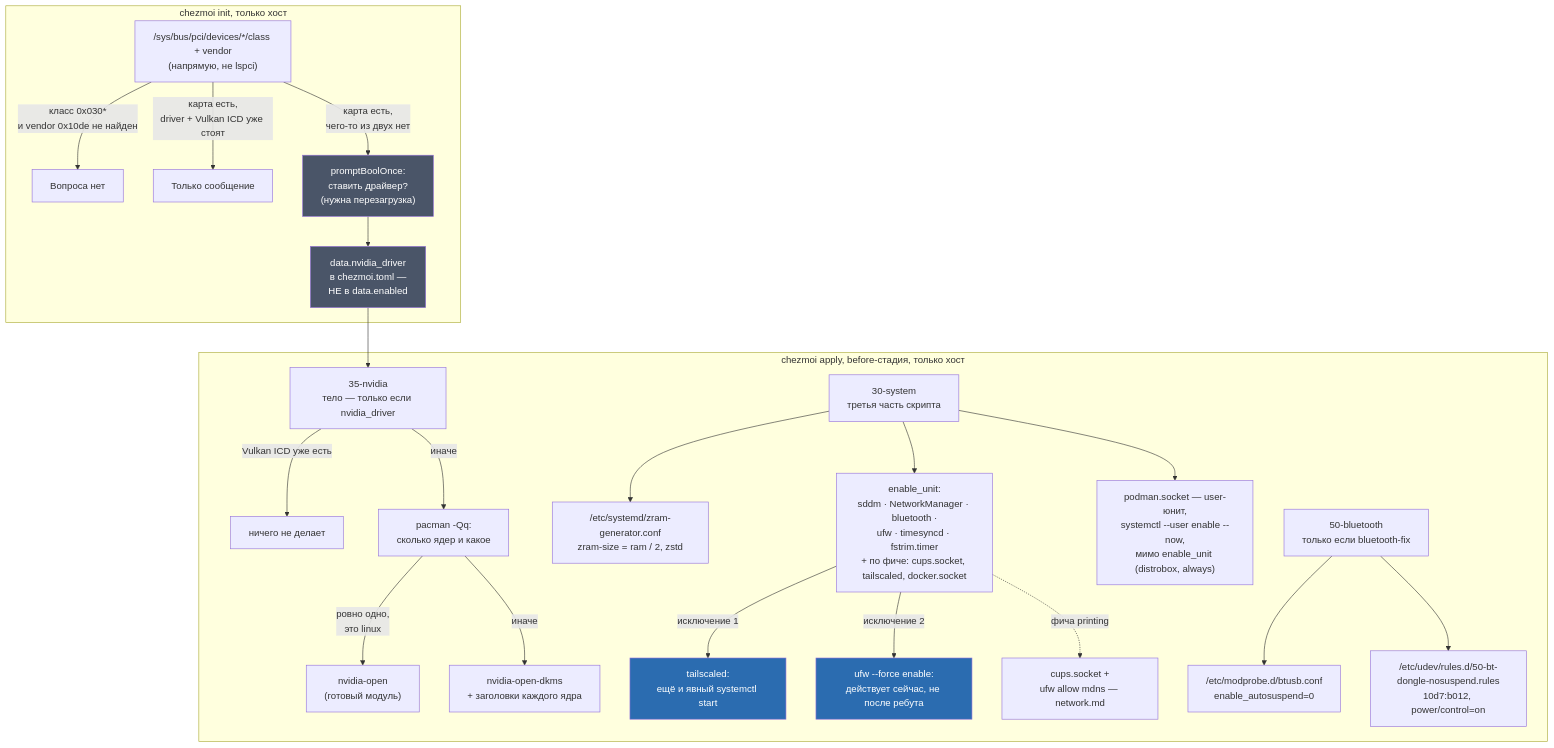
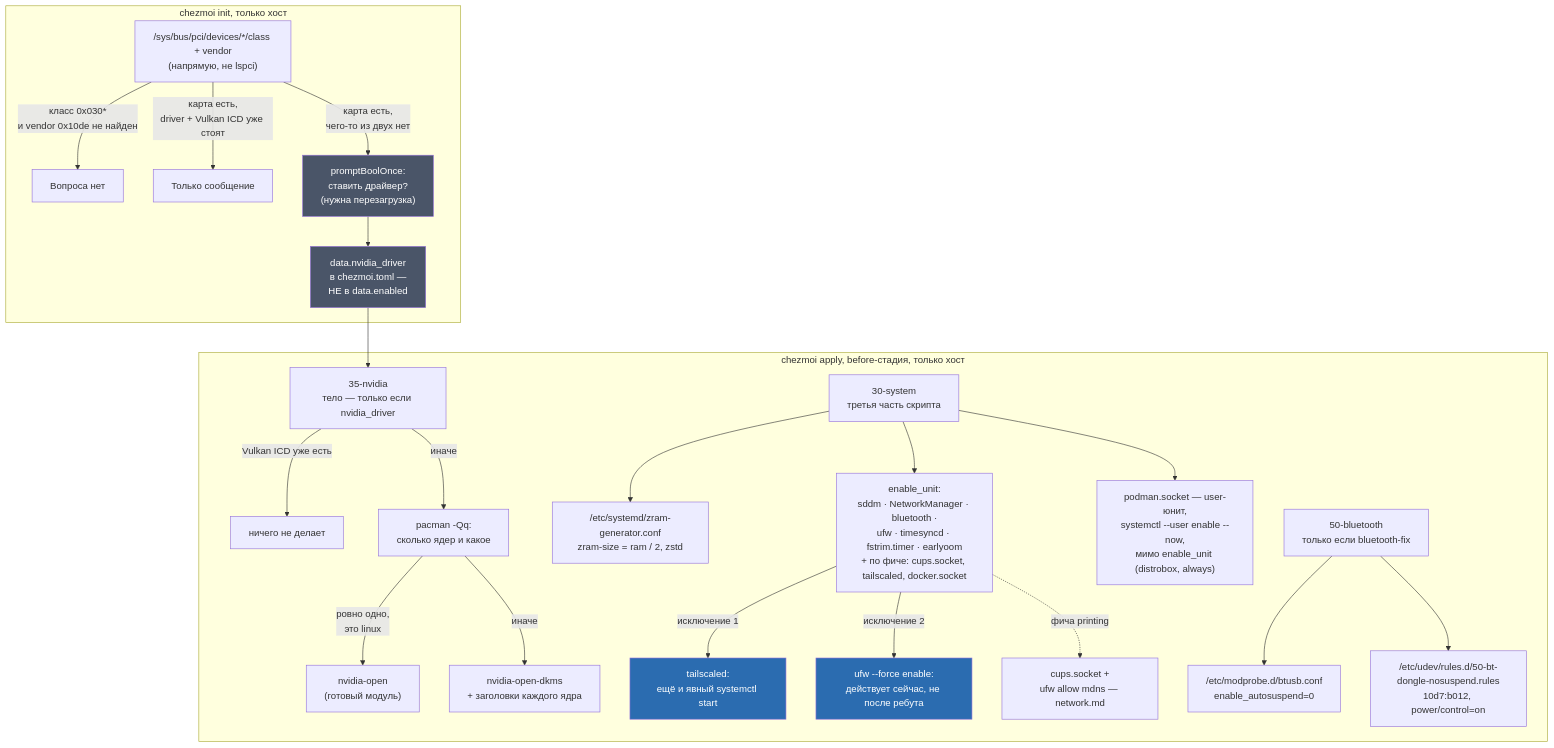
One commit to stpntkhnv/dotfiles changed the diagram in docs/hardware.md. Above: the diagram before and after it, drawn with Mermaid. The commit also changed other lines of this file and 6 other files, not shown here.

````diff
--- a/docs/hardware.md
+++ b/docs/hardware.md
@@ -40,33 +44,33 @@
 ```mermaid
 flowchart TD
     subgraph INIT["chezmoi init, только хост"]
         PCI["/sys/bus/pci/devices/*/class + vendor<br/>(напрямую, не lspci)"]
         PCI -->|"класс 0x030*<br/>и vendor 0x10de не найден"| NOASK["Вопроса нет"]
         PCI -->|"карта есть,<br/>driver + Vulkan ICD уже стоят"| INFOMSG["Только сообщение"]
         PCI -->|"карта есть,<br/>чего-то из двух нет"| ASK["promptBoolOnce:<br/>ставить драйвер?<br/>(нужна перезагрузка)"]
         ASK --> TOML["data.nvidia_driver<br/>в chezmoi.toml —<br/>НЕ в data.enabled"]
     end
 
     TOML --> S35
     subgraph BEFORE["chezmoi apply, before-стадия, только хост"]
         S35["35-nvidia<br/>тело — только если nvidia_driver"] -->|"Vulkan ICD уже есть"| SKIP35["ничего не делает"]
         S35 -->|"иначе"| KCOUNT["pacman -Qq:<br/>сколько ядер и какое"]
         KCOUNT -->|"ровно одно,<br/>это linux"| NOPEN["nvidia-open<br/>(готовый модуль)"]
         KCOUNT -->|"иначе"| NDKMS["nvidia-open-dkms<br/>+ заголовки каждого ядра"]
 
         S30["30-system<br/>третья часть скрипта"] --> ZCONF["/etc/systemd/zram-generator.conf<br/>zram-size = ram / 2, zstd"]
-        S30 --> SVC["enable_unit:<br/>sddm · NetworkManager · bluetooth ·<br/>ufw · timesyncd · fstrim.timer<br/>+ по фиче: cups.socket, tailscaled, docker.socket"]
+        S30 --> SVC["enable_unit:<br/>sddm · NetworkManager · bluetooth ·<br/>ufw · timesyncd · fstrim.timer · earlyoom<br/>+ по фиче: cups.socket, tailscaled, docker.socket"]
         S30 --> PODSOCK["podman.socket — user-юнит,<br/>systemctl --user enable --now,<br/>мимо enable_unit (distrobox, always)"]
         SVC -->|"исключение 1"| TSNOW["tailscaled:<br/>ещё и явный systemctl start"]
         SVC -->|"исключение 2"| UFWNOW["ufw --force enable:<br/>действует сейчас, не после ребута"]
         SVC -.->|"фича printing"| CUPSNOTE["cups.socket +<br/>ufw allow mdns — network.md"]
 
         S50["50-bluetooth<br/>только если bluetooth-fix"] --> MP["/etc/modprobe.d/btusb.conf<br/>enable_autosuspend=0"]
         S50 --> UDEV["/etc/udev/rules.d/50-bt-dongle-nosuspend.rules<br/>10d7:b012, power/control=on"]
     end
 
     style ASK fill:#4a5568,color:#fff
     style TOML fill:#4a5568,color:#fff
     style TSNOW fill:#2b6cb0,color:#fff
     style UFWNOW fill:#2b6cb0,color:#fff
 ```
````
